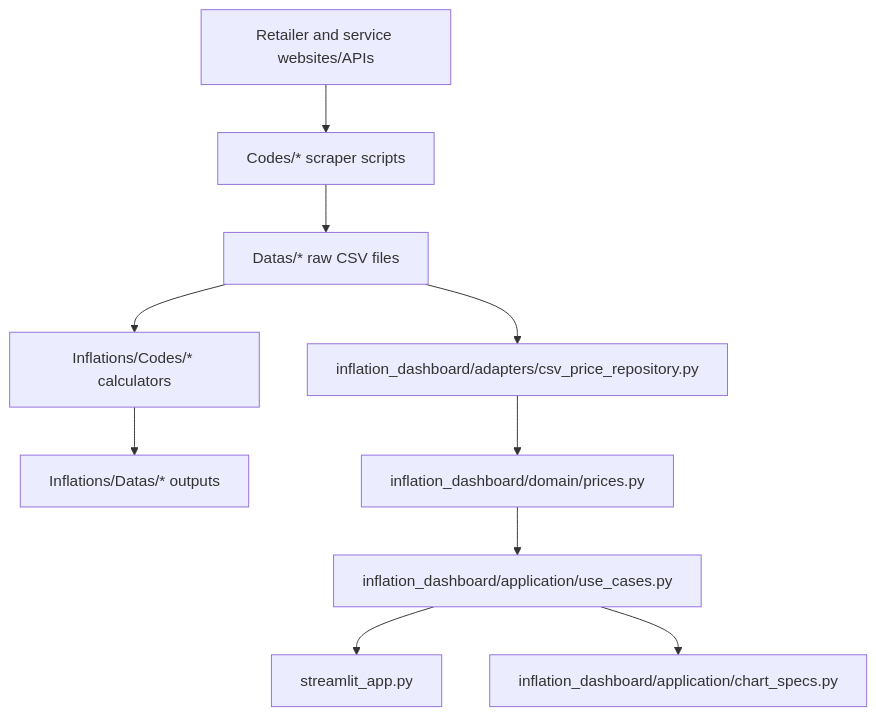
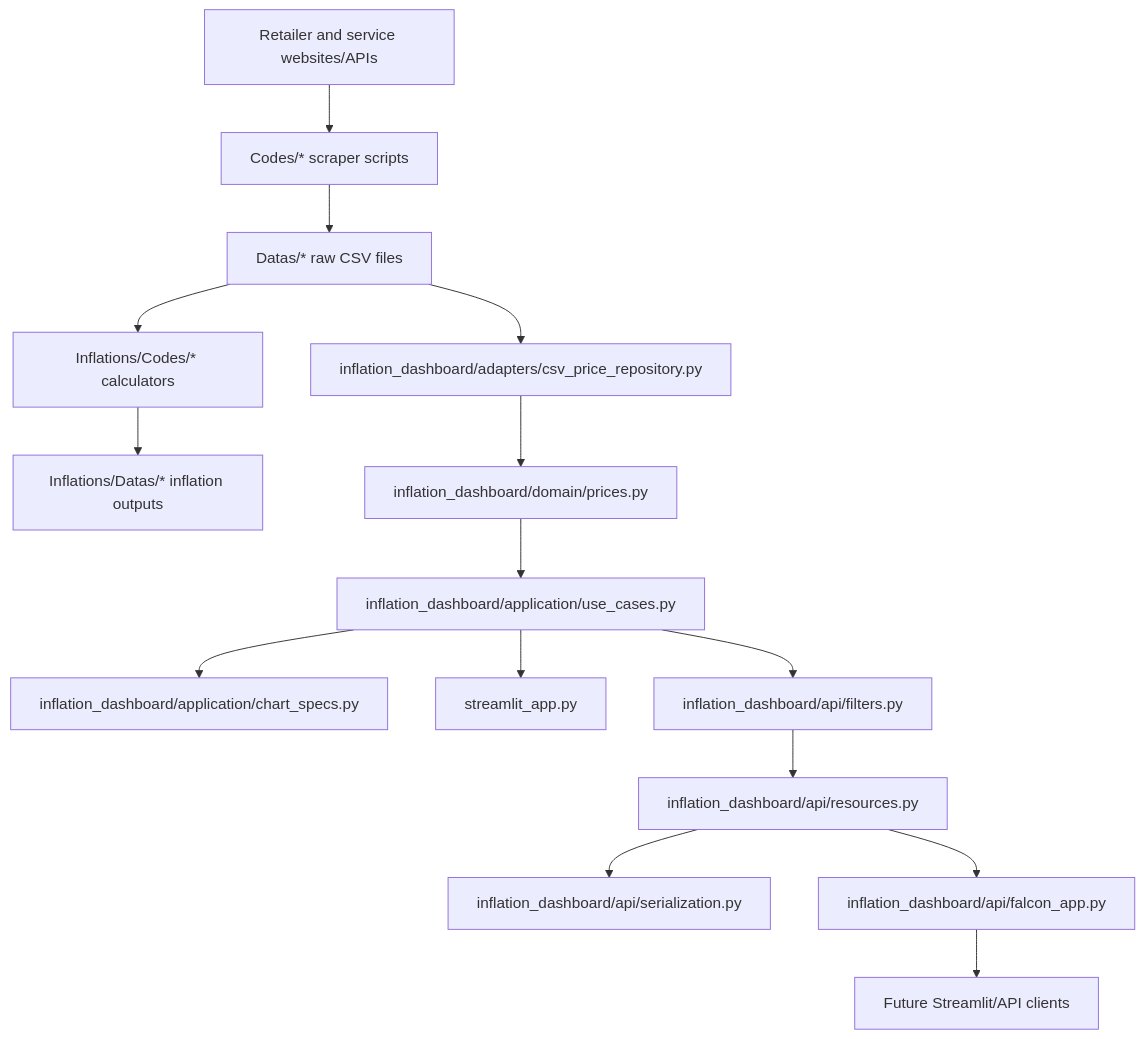
The diagram in docs/ARCHITECTURE.md (vinnipukh/inflationstudymirror), drawn with Mermaid before and after one commit. The commit also changed other lines of this file and 6 other files, not shown here.

````diff
--- a/docs/ARCHITECTURE.md
+++ b/docs/ARCHITECTURE.md
@@ -10,12 +15,18 @@
 ```mermaid
 graph TD
     Sources[Retailer and service websites/APIs] --> Scrapers[Codes/* scraper scripts]
     Scrapers --> RawCSV[Datas/* raw CSV files]
     RawCSV --> Calculators[Inflations/Codes/* calculators]
-    Calculators --> InflationCSV[Inflations/Datas/* outputs]
+    Calculators --> InflationCSV[Inflations/Datas/* inflation outputs]
+
     RawCSV --> CSVAdapter[inflation_dashboard/adapters/csv_price_repository.py]
     CSVAdapter --> Domain[inflation_dashboard/domain/prices.py]
     Domain --> UseCases[inflation_dashboard/application/use_cases.py]
-    UseCases --> Dashboard[streamlit_app.py]
     UseCases --> ChartSpecs[inflation_dashboard/application/chart_specs.py]
+    UseCases --> Streamlit[streamlit_app.py]
+    UseCases --> ApiFilters[inflation_dashboard/api/filters.py]
+    ApiFilters --> ApiResources[inflation_dashboard/api/resources.py]
+    ApiResources --> ApiSerialization[inflation_dashboard/api/serialization.py]
+    ApiResources --> FalconApp[inflation_dashboard/api/falcon_app.py]
+    FalconApp --> HttpClients[Future Streamlit/API clients]
 ```
````
